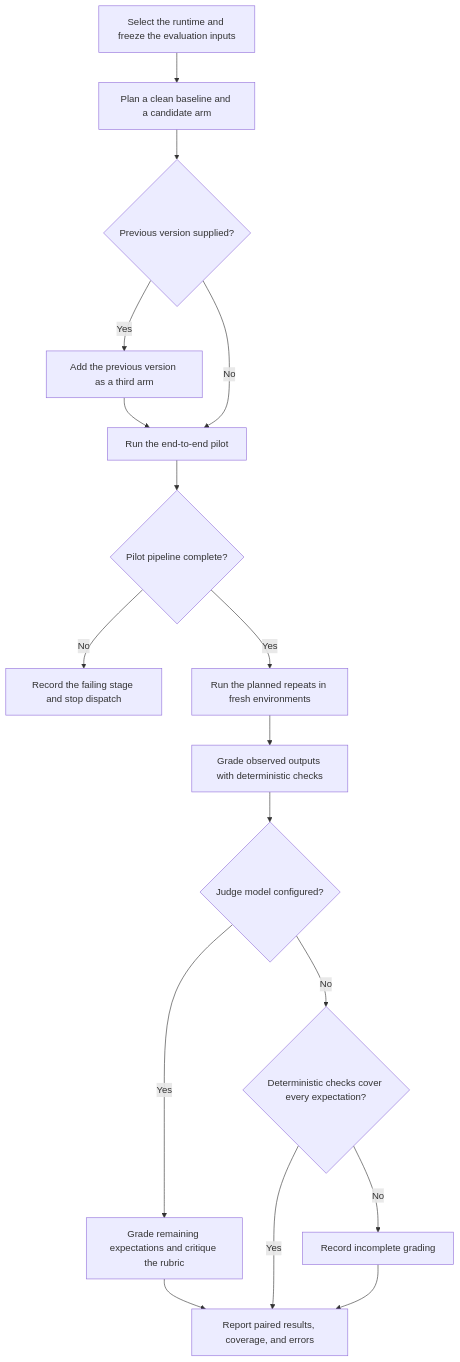
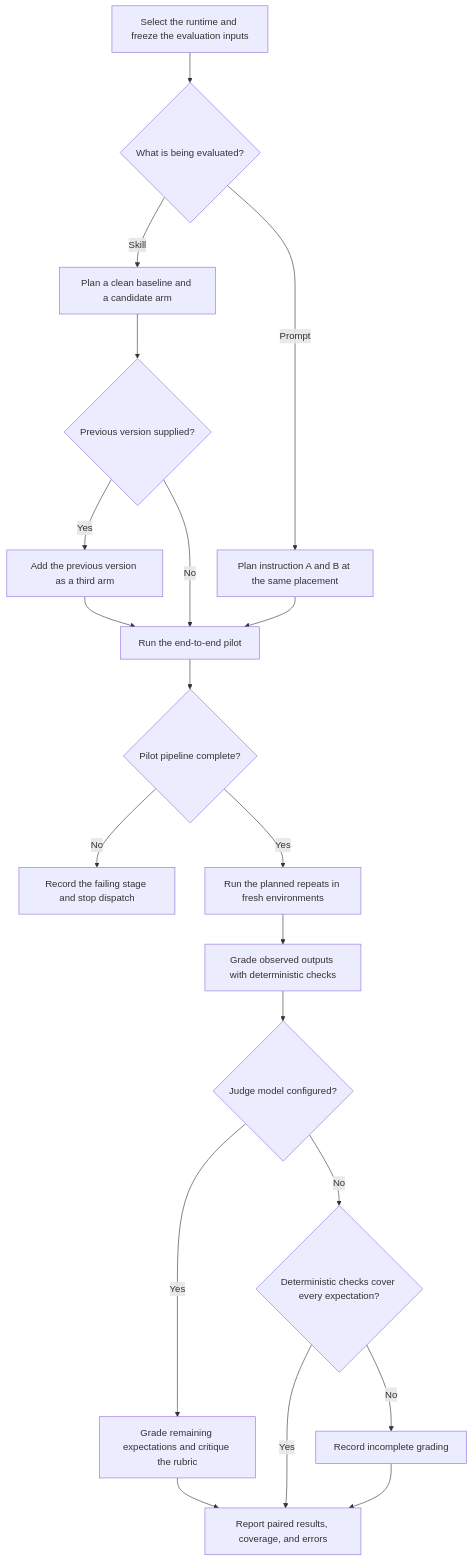
Before and after one commit to pnpwin/skillcraft: the first of 4 diagrams in plugins/skillcraft/skills/skillcraft/references/workflows.md, drawn with Mermaid. The commit also changed other lines of this file and 15 other files, not shown here.

````diff
--- a/plugins/skillcraft/skills/skillcraft/references/workflows.md
+++ b/plugins/skillcraft/skills/skillcraft/references/workflows.md
@@ -11,19 +11,22 @@
 ```mermaid
 flowchart TD
-    A["Select the runtime and freeze the evaluation inputs"] --> B["Plan a clean baseline and a candidate arm"]
-    B --> C{"Previous version supplied?"}
+    A["Select the runtime and freeze the evaluation inputs"] --> B{"What is being evaluated?"}
+    B -->|Skill| S["Plan a clean baseline and a candidate arm"]
+    B -->|Prompt| P["Plan instruction A and B at the same placement"]
+    S --> C{"Previous version supplied?"}
     C -->|Yes| D["Add the previous version as a third arm"]
     C -->|No| E["Run the end-to-end pilot"]
     D --> E
+    P --> E
     E --> F{"Pilot pipeline complete?"}
     F -->|No| G["Record the failing stage and stop dispatch"]
     F -->|Yes| H["Run the planned repeats in fresh environments"]
     H --> I["Grade observed outputs with deterministic checks"]
     I --> J{"Judge model configured?"}
     J -->|Yes| L["Grade remaining expectations and critique the rubric"]
     J -->|No| K{"Deterministic checks cover every expectation?"}
     K -->|Yes| N["Report paired results, coverage, and errors"]
     K -->|No| M["Record incomplete grading"]
     L --> N
     M --> N
 ```
````
